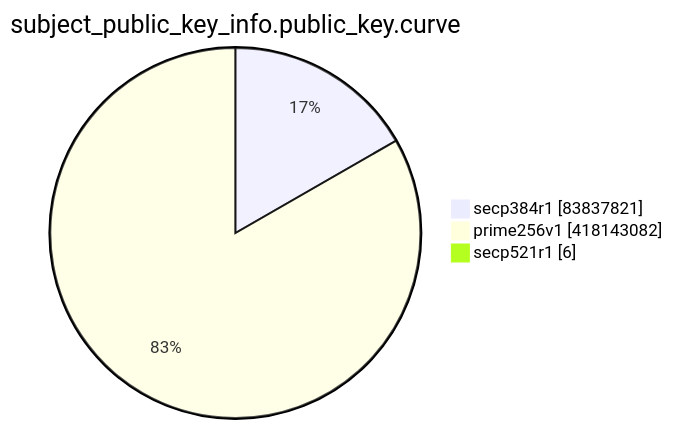
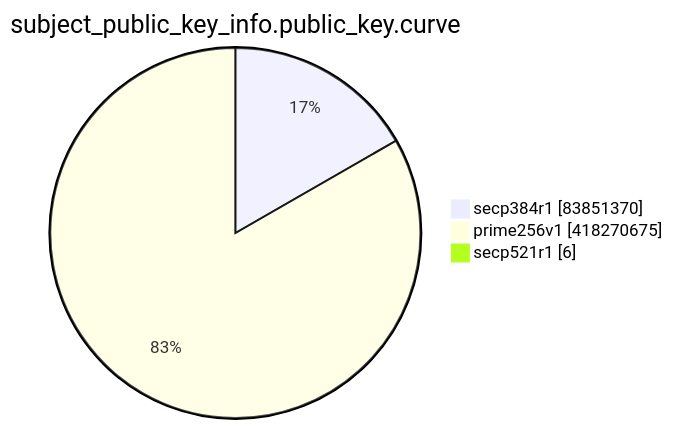
Before and after one commit to christiankrug/ctmonitor_visualization: the eighth of 15 diagrams in TOTAL/README.md, drawn with Mermaid. The commit also changed other lines of this file, not shown here.

````diff
--- a/TOTAL/README.md
+++ b/TOTAL/README.md
@@ -3098,7 +3098,7 @@
 ```mermaid
 pie showData
 title subject_public_key_info.public_key.curve
-"secp384r1" :83837821
-"prime256v1" :418143082
+"secp384r1" :83851370
+"prime256v1" :418270675
 "secp521r1" :6
 ```
````
